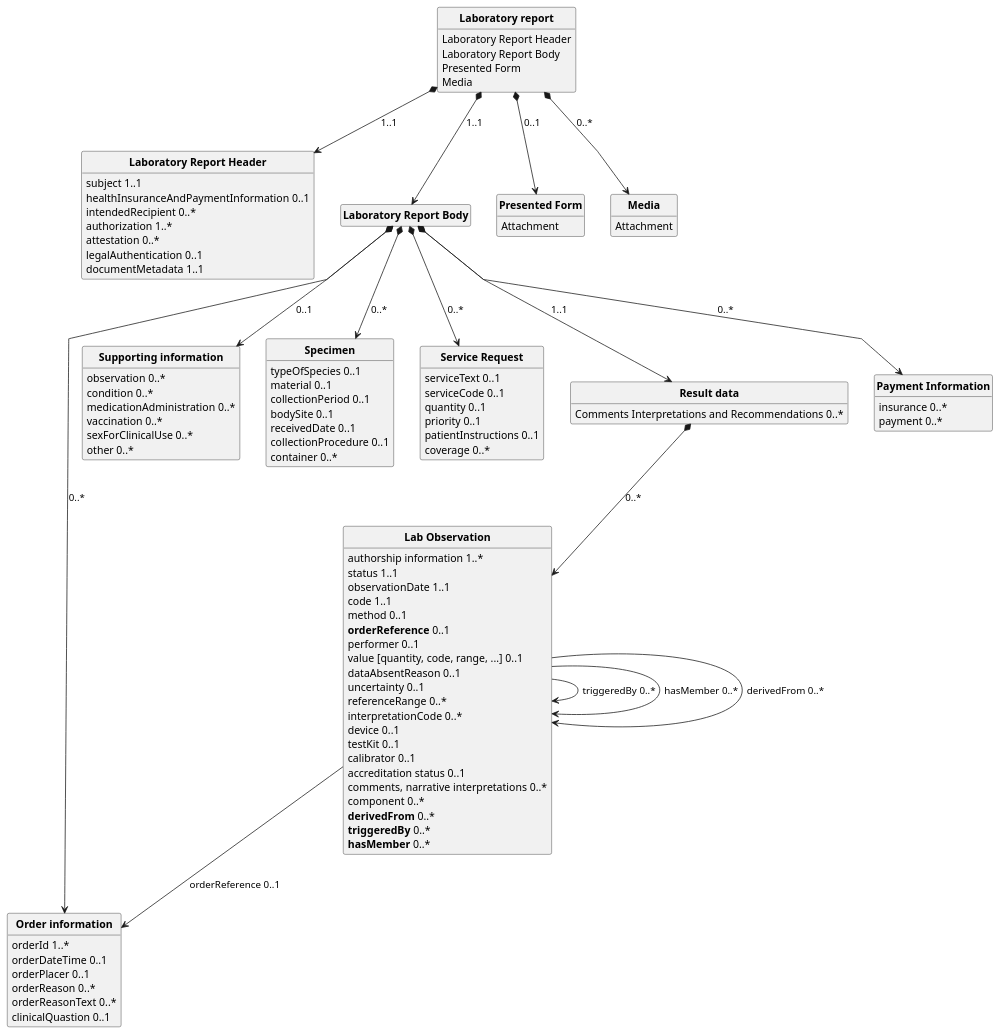
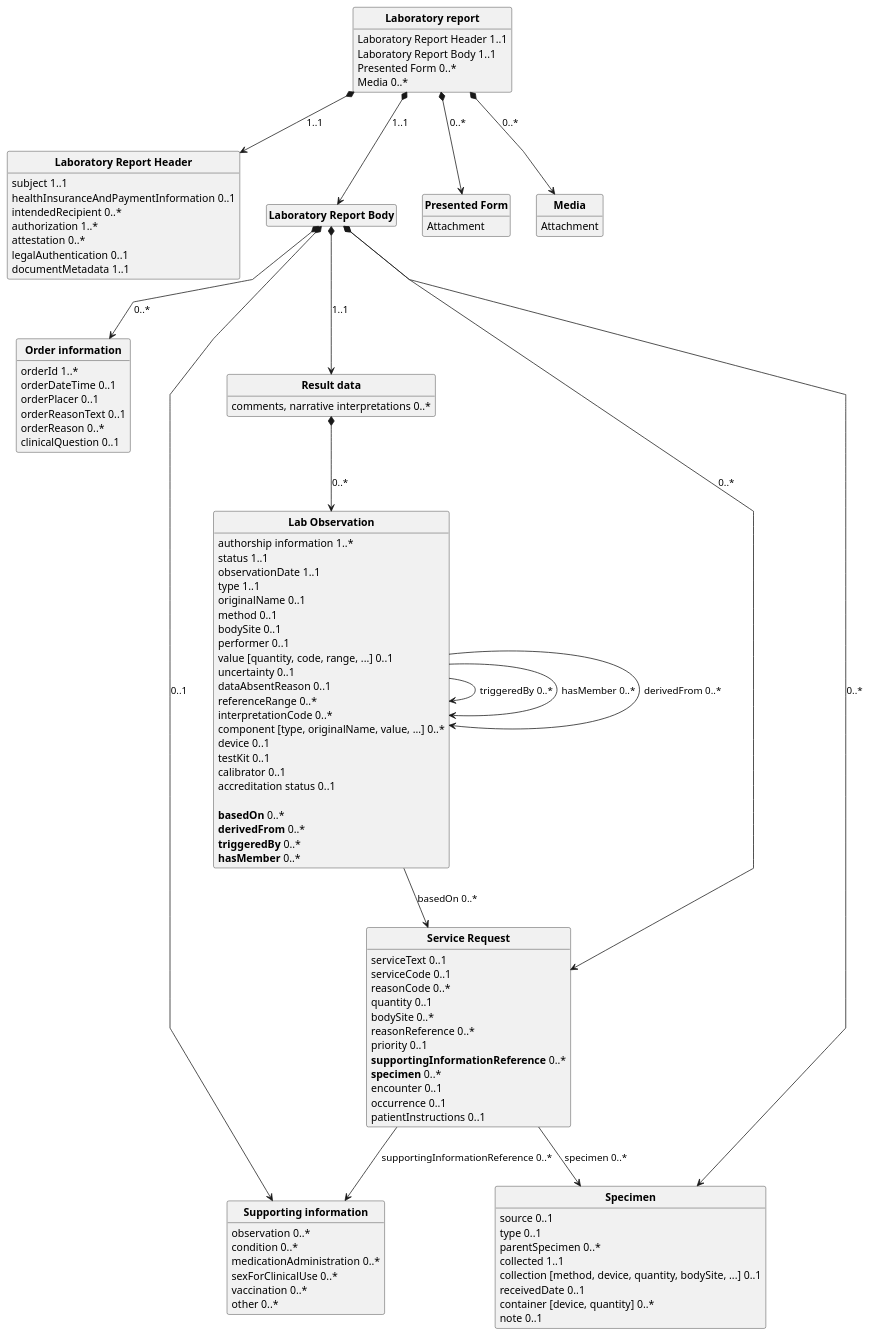
The diagram in input/images-source/laboratory_report.plantuml (Xt-EHR/xt-ehr-common), drawn with PlantUML before and after one commit.

Commit message:
Update laboratory_report.plantuml
Update the UML diagram to match the model.

```diff
--- a/input/images-source/laboratory_report.plantuml
+++ b/input/images-source/laboratory_report.plantuml
@@ -1,128 +1,133 @@
 @startuml
 skinparam linetype polyline
 hide circle
 hide stereotype
 hide empty members
 
 class "**Laboratory report**" as labReport{
-  Laboratory Report Header
-  Laboratory Report Body
-  Presented Form
-  Media
+  Laboratory Report Header 1..1
+  Laboratory Report Body 1..1
+  Presented Form 0..*
+  Media 0..*
 }
 
 labReport *--> header: "1..1"
 labReport *--> body: "1..1"
-labReport *--> presentedForm: "0..1"
+labReport *--> presentedForm: "0..*"
 labReport *--> media: "0..*"
 
 class "**Laboratory Report Header**" as header{
   subject 1..1
   healthInsuranceAndPaymentInformation 0..1
   intendedRecipient 0..*
   authorization 1..*
   attestation 0..*
   legalAuthentication 0..1
   documentMetadata 1..1
 }
 
 class "**Laboratory Report Body**" as body{
 }
 
 body *--> orderInformation: "0..*"
 body *--> supportingInformation: "0..1"
 body *--> specimen: "0..*"
 body *--> serviceRequest: "0..*"
 body *--> resultData: "1..1"
-body *--> healthInsuranceAndPaymentInformation: "0..*"
 
 class "**Order information**" as orderInformation {
   orderId 1..*
   orderDateTime 0..1
   orderPlacer 0..1
+  orderReasonText 0..1
   orderReason 0..*
-  orderReasonText 0..*
-  clinicalQuastion 0..1
+  clinicalQuestion 0..1
 }
 
 class "**Supporting information**" as supportingInformation {
   observation 0..*
   condition 0..*
   medicationAdministration 0..*
+  sexForClinicalUse 0..*
   vaccination 0..*
-  sexForClinicalUse 0..*
   other 0..*
 }
 
 
 class "**Specimen**" as specimen {
-  typeOfSpecies 0..1
-  material 0..1
-  collectionPeriod 0..1
-  bodySite 0..1
+  source 0..1
+  type 0..1
+  parentSpecimen 0..*
+  collected 1..1
+  collection [method, device, quantity, bodySite, ...] 0..1
   receivedDate 0..1
-  collectionProcedure 0..1
-  container 0..*
+  container [device, quantity] 0..*
+  note 0..1
 }
 
 class "**Service Request**" as serviceRequest {
   serviceText 0..1
   serviceCode 0..1
+  reasonCode 0..*
   quantity 0..1
+  bodySite 0..*
+  reasonReference 0..*
   priority 0..1
+  **supportingInformationReference** 0..*
+  **specimen** 0..*
+  encounter 0..1
+  occurrence 0..1
   patientInstructions 0..1
-  coverage 0..*
 }
 
+serviceRequest --> specimen: "specimen 0..*"
+serviceRequest --> supportingInformation: "supportingInformationReference 0..*"
 
 class "**Result data**" as resultData {
-  Comments Interpretations and Recommendations 0..*
-}
+  comments, narrative interpretations 0..*
+  }
 
 resultData *--> results: 0..*
 
 class "**Lab Observation**" as results {
   authorship information 1..*
   status 1..1
   observationDate 1..1
-  code 1..1
+  type 1..1
+  originalName 0..1
   method 0..1
-  **orderReference** 0..1
+  bodySite 0..1
   performer 0..1
   value [quantity, code, range, ...] 0..1
+  uncertainty 0..1
   dataAbsentReason 0..1
-  uncertainty 0..1
   referenceRange 0..*
   interpretationCode 0..*
+  component [type, originalName, value, ...] 0..*
   device 0..1
   testKit 0..1
   calibrator 0..1
   accreditation status 0..1
-  comments, narrative interpretations 0..*
-  component 0..*
+
+  **basedOn** 0..*
   **derivedFrom** 0..*
   **triggeredBy** 0..*
   **hasMember** 0..*
 }
 
 results --> results: "triggeredBy 0..*"
 results --> results: "hasMember 0..*"
 results --> results: "derivedFrom 0..*"
-results --> orderInformation: "orderReference 0..1"
+results --> serviceRequest: "basedOn 0..*"
 
 
 class "**Presented Form**" as presentedForm {
   Attachment
 }
 
 class "**Media**" as media {
   Attachment
 }
 
-class "**Payment Information**" as healthInsuranceAndPaymentInformation {
-  insurance 0..*
-  payment 0..*
-}
-
 
 @enduml
```
